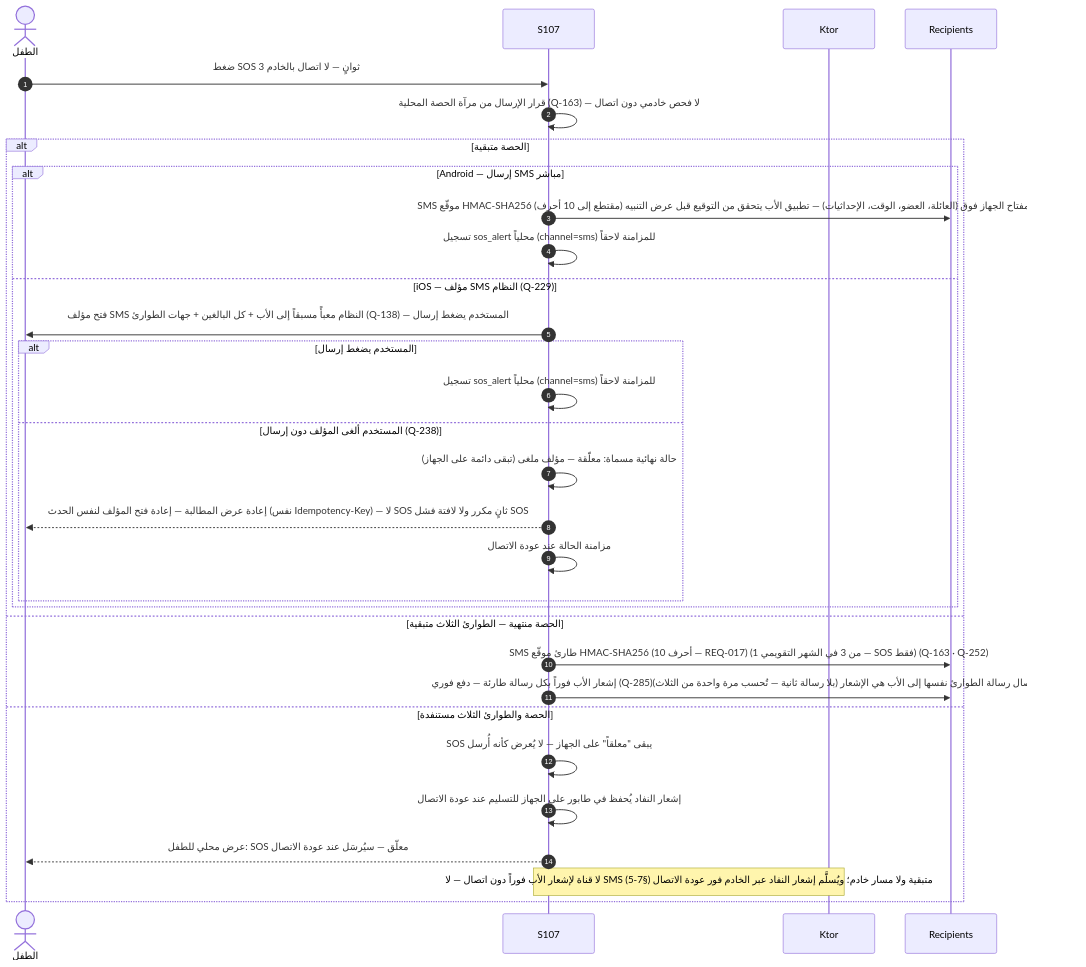
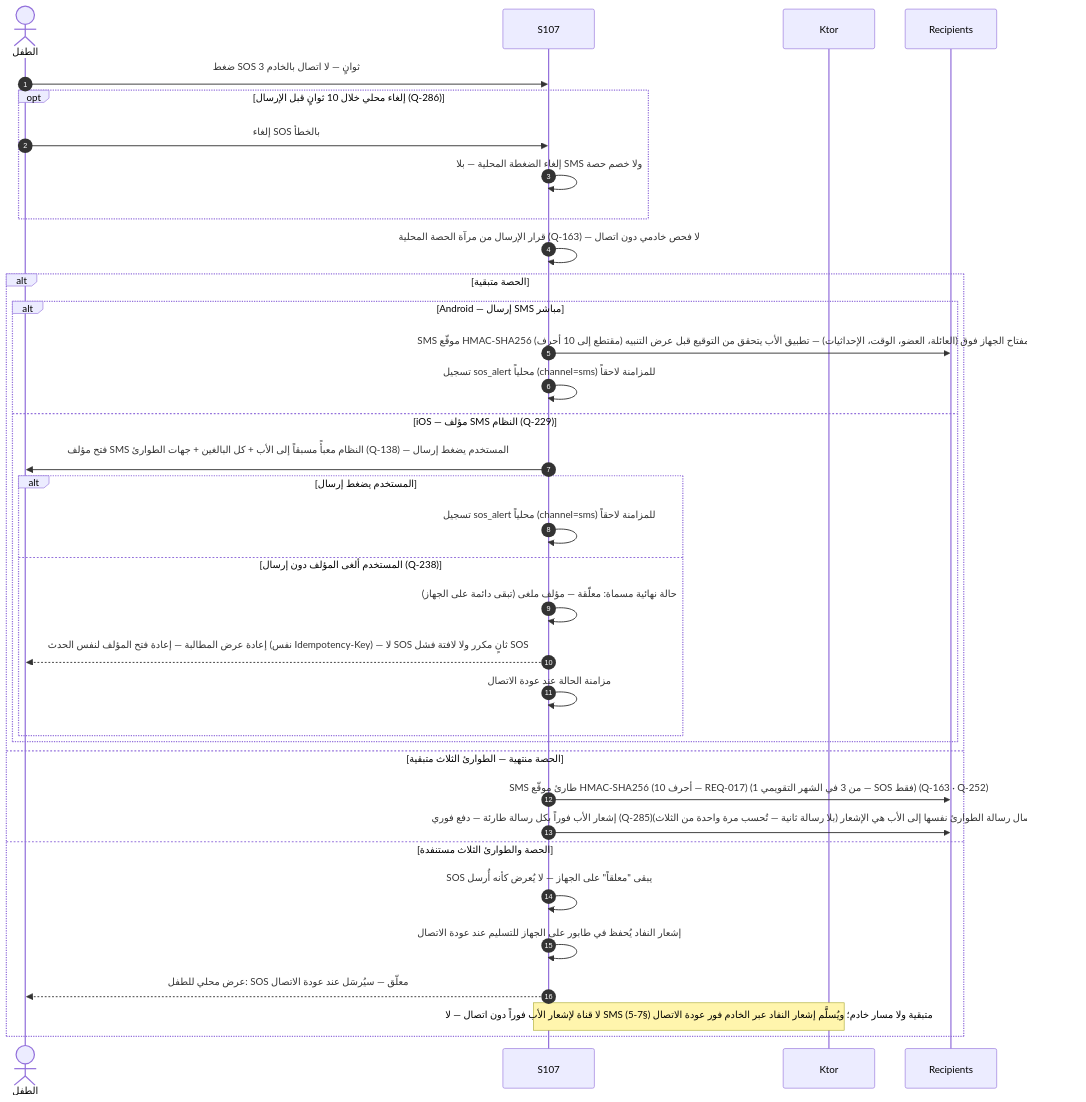
Before and after one commit to Bassam-mohammed-alqaeadi/family-os-v2: the sixth of 13 diagrams in docs/family-os/governance/phases/phase-1/S1-07-location-basic/DIAGRAMS.md, drawn with Mermaid. The commit also changed other lines of this file and 1 other file, not shown here.

Commit message:
R2-S107-24 (Q-286): نافذة إلغاء SOS 10 ثوانٍ تُبقى — تلغي الضغطة المحلية فقط قبل الإرسال؛ وبعد الإرسال لا يلغي SOS إلا الأب عبر الحل

````diff
--- a/docs/family-os/governance/phases/phase-1/S1-07-location-basic/DIAGRAMS.md
+++ b/docs/family-os/governance/phases/phase-1/S1-07-location-basic/DIAGRAMS.md
@@ -245,33 +250,37 @@
 ```mermaid
 sequenceDiagram
     autonumber
     actor Child as الطفل
     participant الموقع as S107
     participant الخادم as Ktor
     participant المستلمون as Recipients
     Child->>الموقع: ضغط SOS 3 ثوانٍ — لا اتصال بالخادم
+    opt إلغاء محلي خلال 10 ثوانٍ قبل الإرسال (Q-286)
+        Child->>الموقع: إلغاء SOS بالخطأ
+        الموقع->>الموقع: إلغاء الضغطة المحلية — بلا SMS ولا خصم حصة
+    end
     الموقع->>الموقع: قرار الإرسال من مرآة الحصة المحلية (Q-163) — لا فحص خادمي دون اتصال
     alt الحصة متبقية
         alt Android — إرسال SMS مباشر
             الموقع->>المستلمون: SMS موقّع HMAC-SHA256 (مقتطع إلى 10 أحرف) بمفتاح الجهاز فوق (العائلة، العضو، الوقت، الإحداثيات) — تطبيق الأب يتحقق من التوقيع قبل عرض التنبيه (REQ-017)
             الموقع->>الموقع: تسجيل sos_alert محلياً (channel=sms) للمزامنة لاحقاً
         else iOS — مؤلف SMS النظام (Q-229)
             الموقع->>Child: فتح مؤلف SMS النظام معبأً مسبقاً إلى الأب + كل البالغين + جهات الطوارئ (Q-138) — المستخدم يضغط إرسال
             alt المستخدم يضغط إرسال
                 الموقع->>الموقع: تسجيل sos_alert محلياً (channel=sms) للمزامنة لاحقاً
             else المستخدم ألغى المؤلف دون إرسال (Q-238)
                 الموقع->>الموقع: حالة نهائية مسماة: معلّقة — مؤلف ملغى (تبقى دائمة على الجهاز)
                 الموقع-->>Child: إعادة عرض المطالبة — إعادة فتح المؤلف لنفس الحدث (نفس Idempotency-Key) — لا SOS ثانٍ مكرر ولا لافتة فشل SOS
                 الموقع->>الموقع: مزامنة الحالة عند عودة الاتصال
             end
         end
     else الحصة منتهية — الطوارئ الثلاث متبقية
         الموقع->>المستلمون: SMS طارئ موقّع HMAC-SHA256 (10 أحرف — REQ-017) (1 من 3 في الشهر التقويمي — SOS فقط) (Q-163 · Q-252)
         الموقع->>المستلمون: إشعار الأب فوراً بكل رسالة طارئة — دفع فوري (Q-285)؛ ودون اتصال رسالة الطوارئ نفسها إلى الأب هي الإشعار (بلا رسالة ثانية — تُحسب مرة واحدة من الثلاث)
     else الحصة والطوارئ الثلاث مستنفدة
         الموقع->>الموقع: SOS يبقى "معلقاً" على الجهاز — لا يُعرض كأنه أُرسل
         الموقع->>الموقع: إشعار النفاد يُحفظ في طابور على الجهاز للتسليم عند عودة الاتصال
         الموقع-->>Child: عرض محلي للطفل: SOS معلّق — سيُرسَل عند عودة الاتصال
         Note over الموقع,الخادم: لا قناة لإشعار الأب فوراً دون اتصال — لا SMS متبقية ولا مسار خادم؛ ويُسلَّم إشعار النفاد عبر الخادم فور عودة الاتصال (§7-5)
     end
 ```
````
